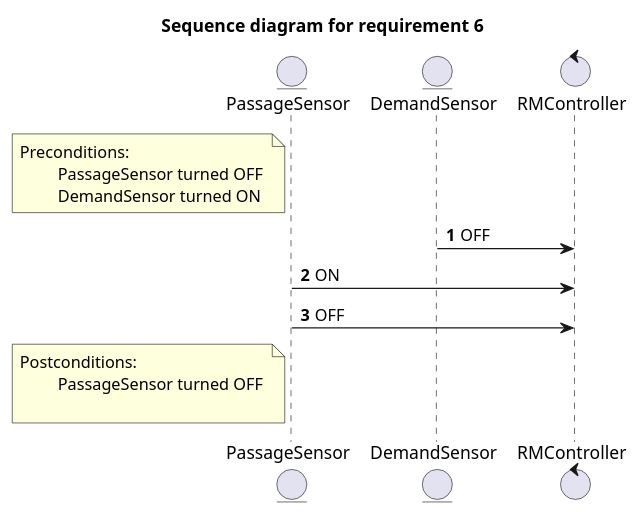
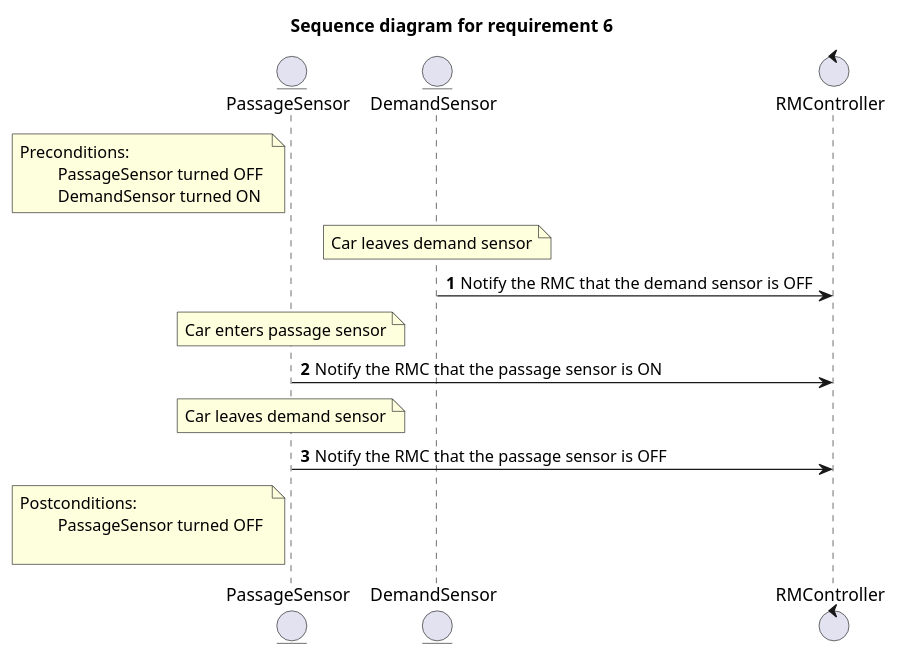
The diagram in 01_RequirementsChecking/sequence_diagram_req6.puml (MaksimKarnaukh/MoSIS), drawn with PlantUML before and after one commit. The commit also changed 1 other file, not shown here.

```diff
--- a/01_RequirementsChecking/sequence_diagram_req6.puml
+++ b/01_RequirementsChecking/sequence_diagram_req6.puml
@@ -1,21 +1,24 @@
 @startuml
 autonumber
 
 '6) The passage sensor can only be turned ON once a car leaves the demand
 'sensor shifting from ON to OFF. Another car can only turn the
 'passage sensor ON once it has been turned OFF (the previous car joined the mainline).
 title "Sequence diagram for requirement 6"
 
 entity PassageSensor as PS
 entity DemandSensor as DS
 control RMController as RMC
 
 note left of PS : Preconditions:\n\t PassageSensor turned OFF \n\t DemandSensor turned ON
 
-DS -> RMC : OFF
-PS -> RMC : ON
-PS -> RMC : OFF
+note over DS: Car leaves demand sensor
+DS -> RMC : Notify the RMC that the demand sensor is OFF
+note over PS: Car enters passage sensor
+PS -> RMC : Notify the RMC that the passage sensor is ON
+note over PS: Car leaves demand sensor
+PS -> RMC : Notify the RMC that the passage sensor is OFF
 
 note left of PS : Postconditions:\n\t PassageSensor turned OFF \n\t
 
 @enduml
```
